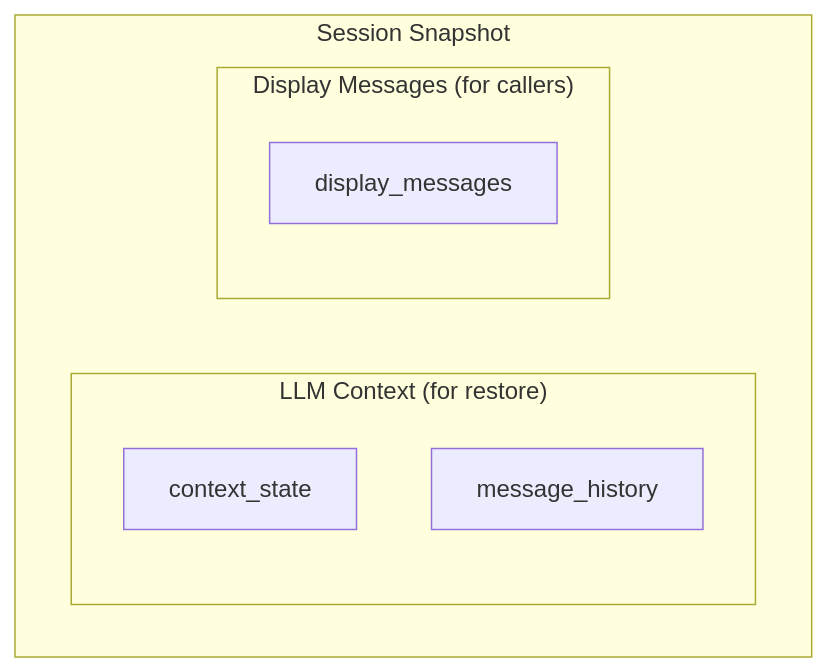
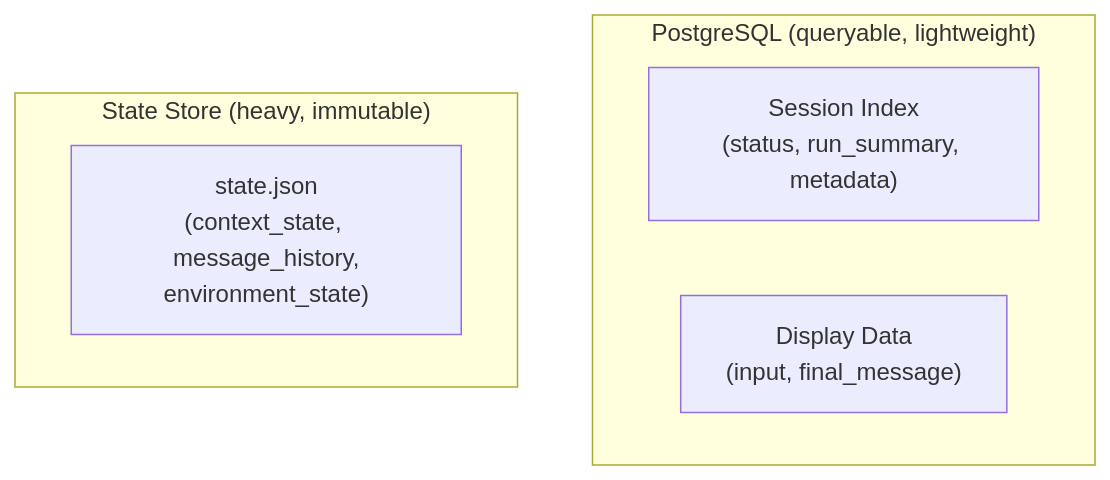
Before and after one commit to Wh1isper/netherbrain: the third of 5 diagrams in spec/agent_runtime/01-session.md, drawn with Mermaid. The commit also changed other lines of this file and 15 other files, not shown here.

First line of the commit message:
refactor: move session display data from blob store to PostgreSQL

````diff
--- a/spec/agent_runtime/01-session.md
+++ b/spec/agent_runtime/01-session.md
@@ -103,12 +133,10 @@
 ```mermaid
 flowchart TB
-    subgraph Session["Session Snapshot"]
-        subgraph Internal["LLM Context (for restore)"]
-            CS[context_state]
-            MH[message_history]
-        end
-        subgraph External["Display Messages (for callers)"]
-            DM[display_messages]
-        end
+    subgraph PG["PostgreSQL (queryable, lightweight)"]
+        IDX["Session Index<br/>(status, run_summary, metadata)"]
+        IO["Display Data<br/>(input, final_message)"]
+    end
+    subgraph Store["State Store (heavy, immutable)"]
+        SDK["state.json<br/>(context_state, message_history,<br/>environment_state)"]
     end
 ```
````
